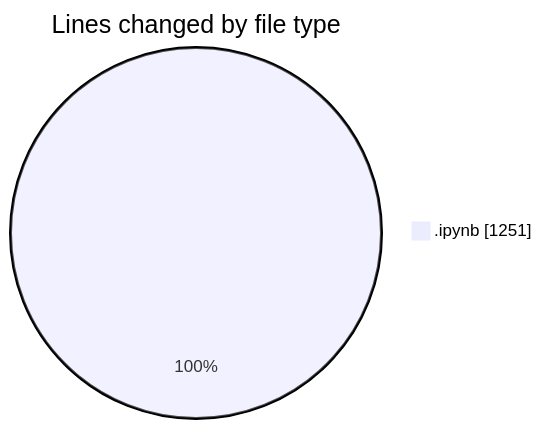
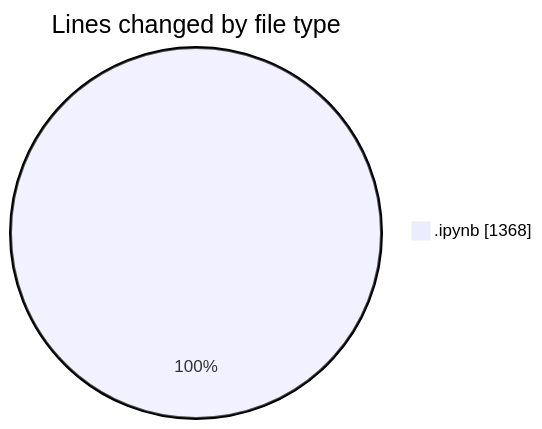
Before and after one commit to CELIANVF/code-tracking: the first of 2 diagrams in 2025-02-14/tp3_-_machine_learning/README.md, drawn with Mermaid. The commit also changed other lines of this file and 1 other file, not shown here.

````diff
--- a/2025-02-14/tp3_-_machine_learning/README.md
+++ b/2025-02-14/tp3_-_machine_learning/README.md
@@ -20,5 +20,5 @@
 ```mermaid
 pie showData
 title Lines changed by file type
-".ipynb" : 1251
+".ipynb" : 1368
 ```
````
